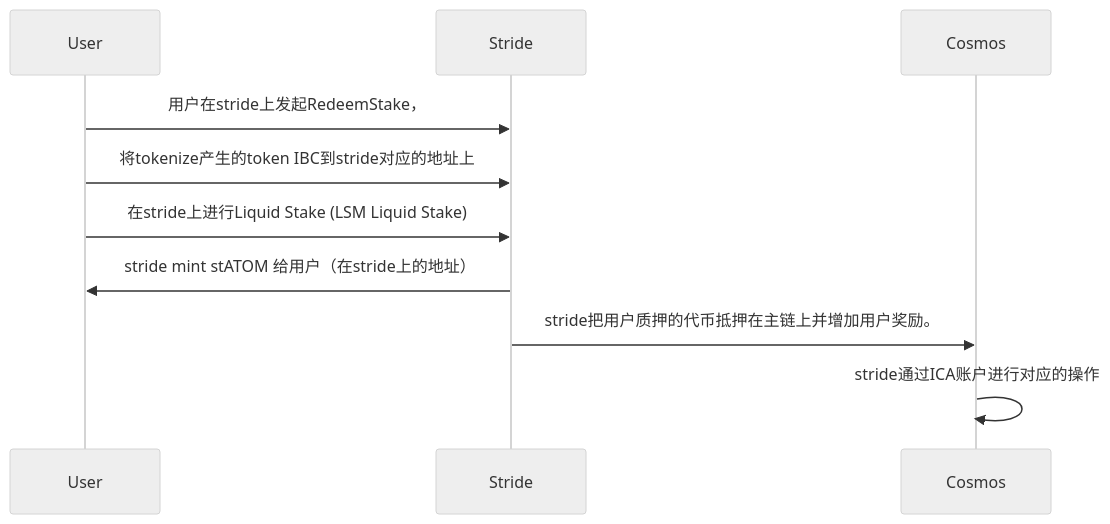
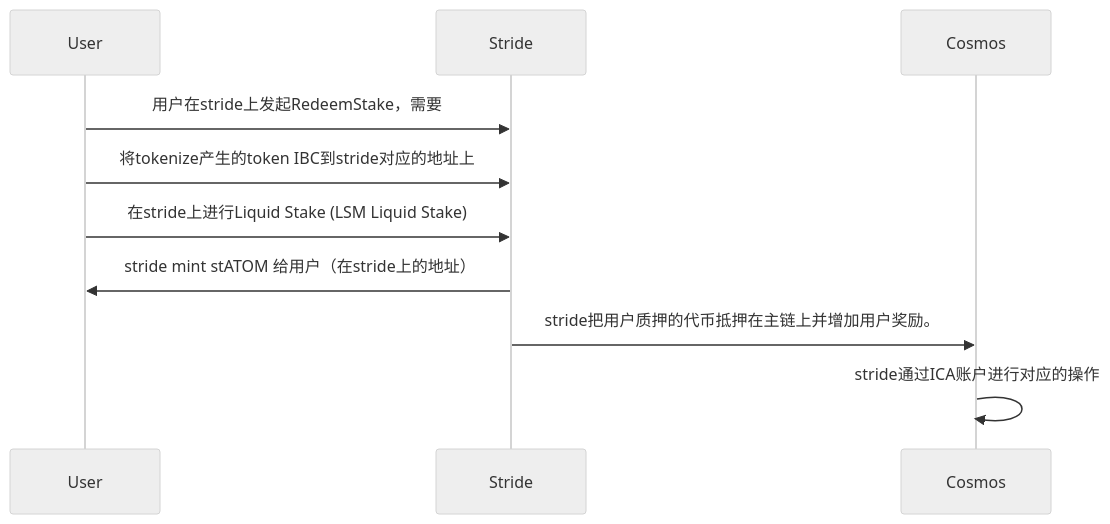
Before and after one commit to yingjianzh/iodraw-files: the diagram in all/unbonding.md, drawn with Mermaid (neutral theme).

Commit message:
2024-03-28 15:01:22 update

````diff
--- a/all/unbonding.md
+++ b/all/unbonding.md
@@ -1,9 +1,9 @@
 ```mermaid
 sequenceDiagram
-    User->>Stride: 用户在stride上发起RedeemStake，
+    User->>Stride: 用户在stride上发起RedeemStake，需要
     User->>Stride: 将tokenize产生的token IBC到stride对应的地址上
     User->>Stride: 在stride上进行Liquid Stake (LSM Liquid Stake)
     Stride->>User: stride mint stATOM 给用户（在stride上的地址）
     Stride->>Cosmos: stride把用户质押的代币抵押在主链上并增加用户奖励。
     Cosmos->>Cosmos: stride通过ICA账户进行对应的操作
 ```
````
